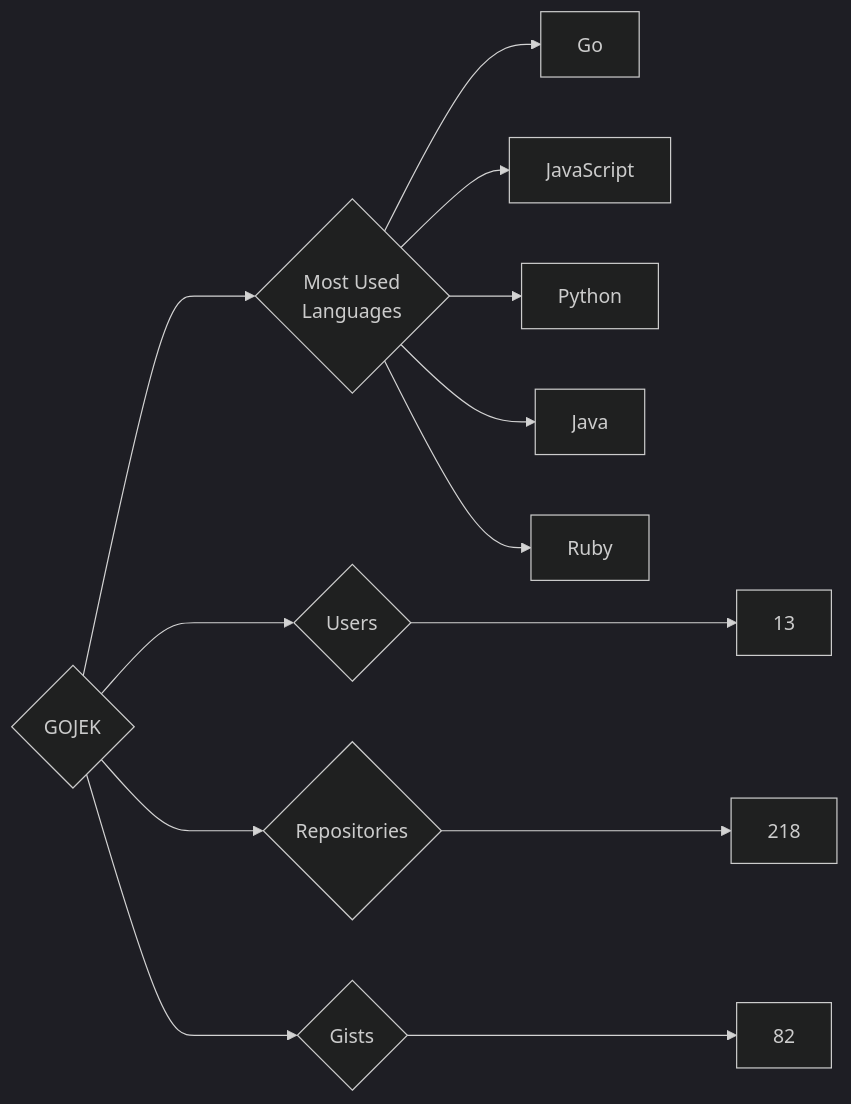
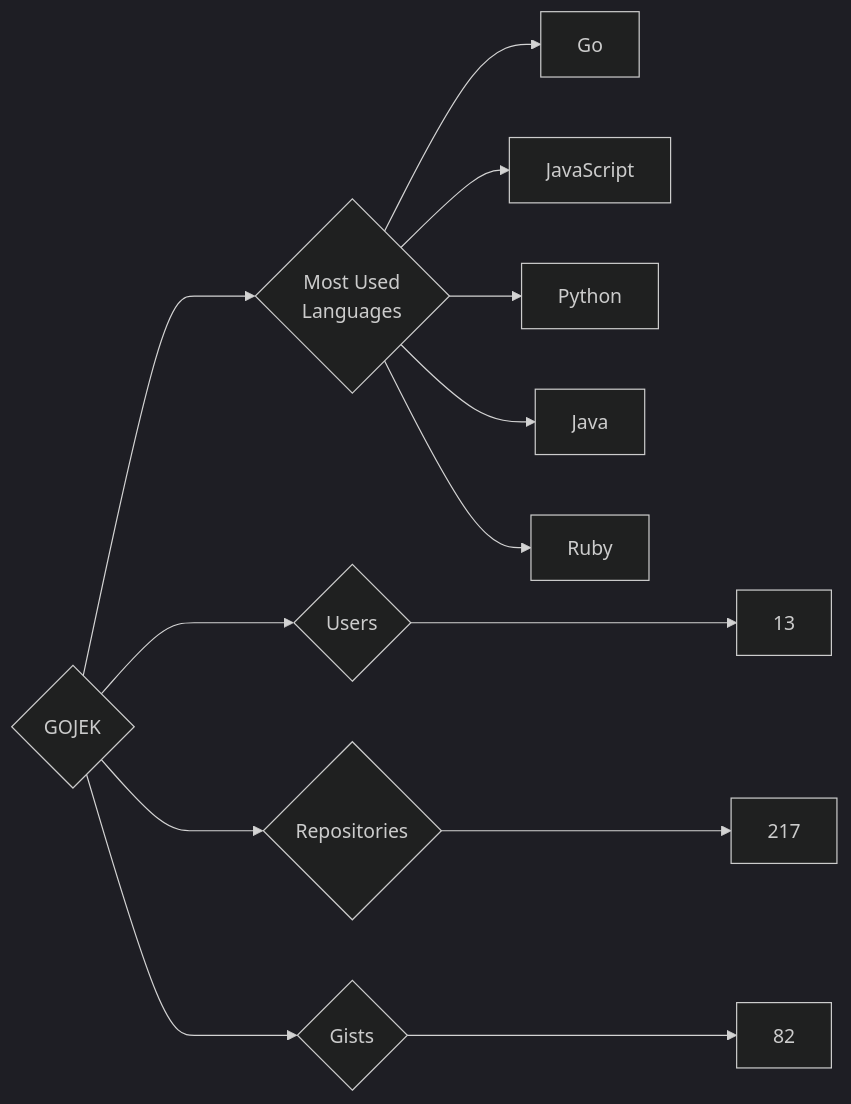
One commit to trickest/insiders changed the diagram in targets/GOJEK/README.md. Above: the diagram before and after it, drawn with Mermaid (dark theme). The commit also changed 636 other files, not shown here.

````diff
--- a/targets/GOJEK/README.md
+++ b/targets/GOJEK/README.md
@@ -3,13 +3,13 @@
 ```mermaid
 graph LR
 COMPANY_NAME{GOJEK}
 COMPANY_NAME ---> U{Users} ---> UN[13]
-COMPANY_NAME ---> R{Repositories} ---> RN[218]
+COMPANY_NAME ---> R{Repositories} ---> RN[217]
 COMPANY_NAME ---> G{Gists} ---> GN[82]
 COMPANY_NAME ---> ML{Most Used<br>Languages}
 ML --> Go[Go]
 ML --> JavaScript[JavaScript]
 ML --> Python[Python]
 ML --> Java[Java]
 ML --> Ruby[Ruby]
 ```
````
